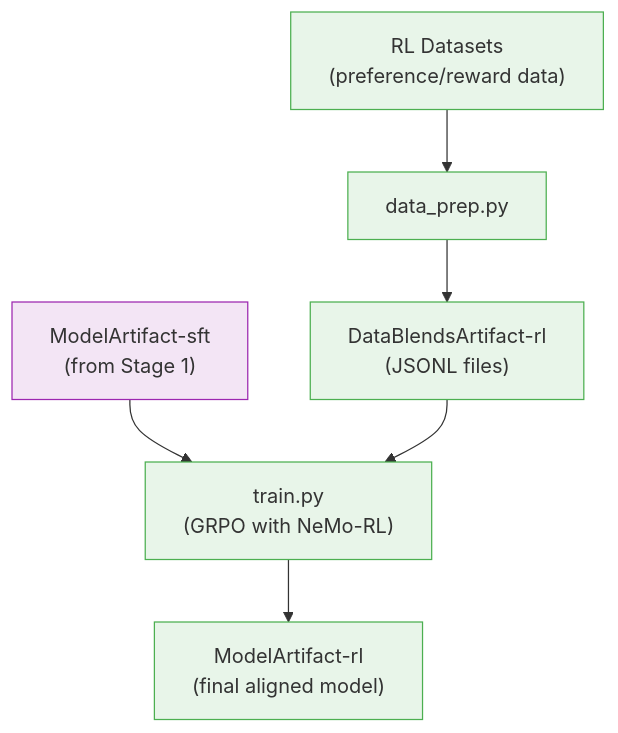
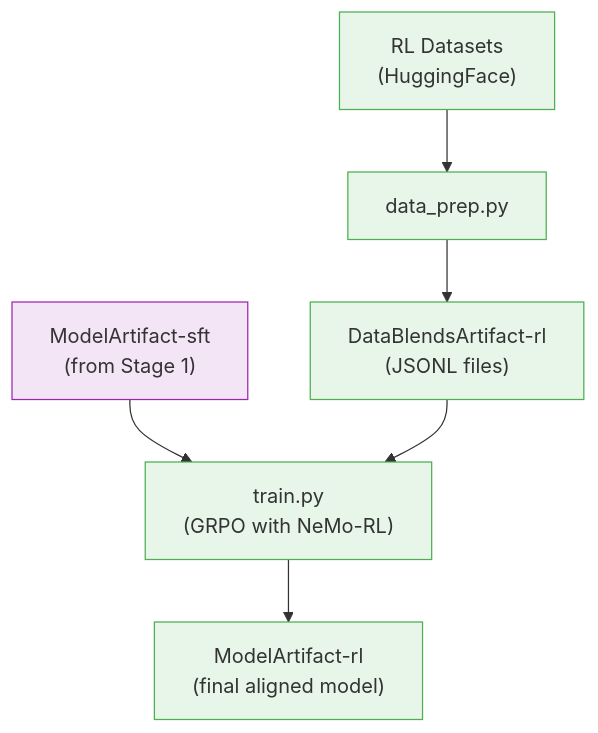
The second of 2 diagrams in docs/train/nano3/rl.md (NVIDIA-NeMo/Nemotron), drawn with Mermaid before and after one commit. The commit also changed other lines of this file and 2 other files, not shown here.

````diff
--- a/docs/train/nano3/rl.md
+++ b/docs/train/nano3/rl.md
@@ -127,16 +387,16 @@
 ```mermaid
 %%{init: {'theme': 'base', 'themeVariables': { 'primaryBorderColor': '#333333', 'lineColor': '#333333', 'primaryTextColor': '#333333'}}}%%
 flowchart TB
     prev["ModelArtifact-sft<br/>(from Stage 1)"] --> train
-    rl["RL Datasets<br/>(preference/reward data)"] --> dp["data_prep.py"]
+    rl["RL Datasets<br/>(HuggingFace)"] --> dp["data_prep.py"]
     dp --> data["DataBlendsArtifact-rl<br/>(JSONL files)"]
     data --> train["train.py<br/>(GRPO with NeMo-RL)"]
     train --> model["ModelArtifact-rl<br/>(final aligned model)"]
 
     style prev fill:#f3e5f5,stroke:#9c27b0
     style rl fill:#e8f5e9,stroke:#4caf50
     style dp fill:#e8f5e9,stroke:#4caf50
     style data fill:#e8f5e9,stroke:#4caf50
     style train fill:#e8f5e9,stroke:#4caf50
     style model fill:#e8f5e9,stroke:#4caf50
 ```
````
